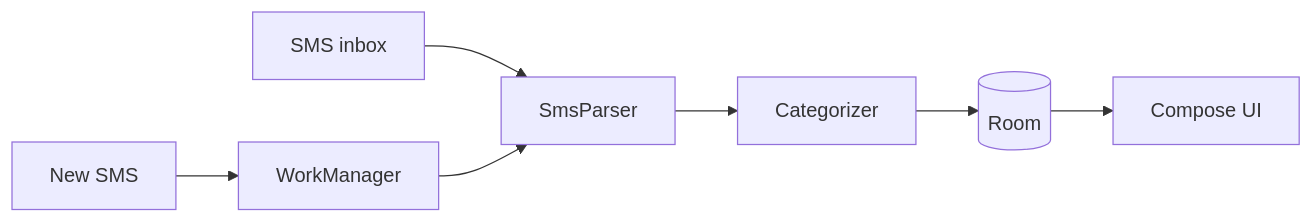
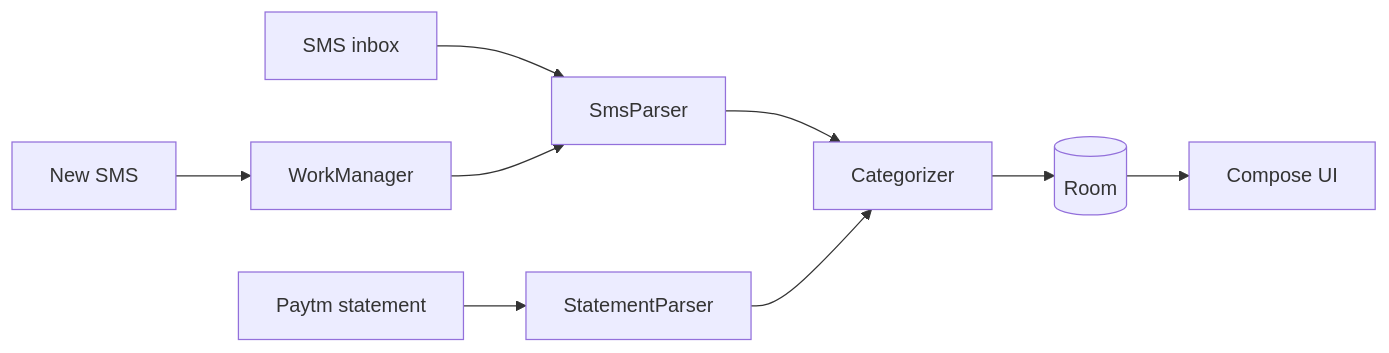
Before and after one commit to PriyamKeshri/Spendwise: the diagram in README.md, drawn with Mermaid. The commit also changed other lines of this file and 18 other files, not shown here.

First line of the commit message:
Add Paytm statement import (v1.1)

````diff
--- a/README.md
+++ b/README.md
@@ -69,6 +71,9 @@
 ```mermaid
 flowchart LR
     inbox[SMS inbox] --> parser[SmsParser]
     receiver[New SMS] --> worker[WorkManager] --> parser
-    parser --> categorizer[Categorizer] --> db[(Room)] --> ui[Compose UI]
+    statement[Paytm statement] --> reader[StatementParser]
+    parser --> categorizer[Categorizer]
+    reader --> categorizer
+    categorizer --> db[(Room)] --> ui[Compose UI]
 ```
````
